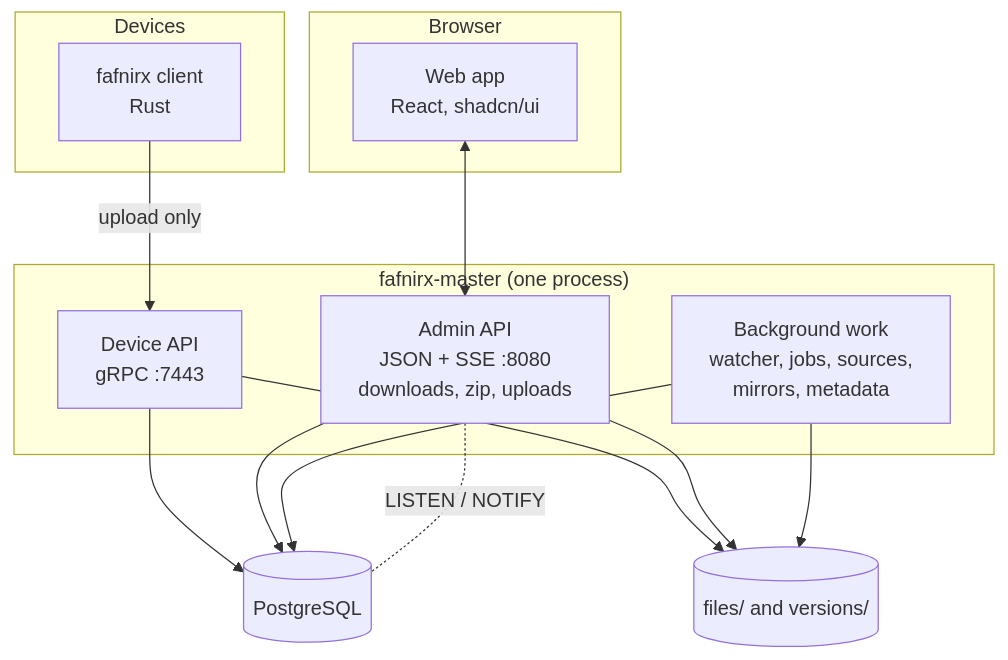
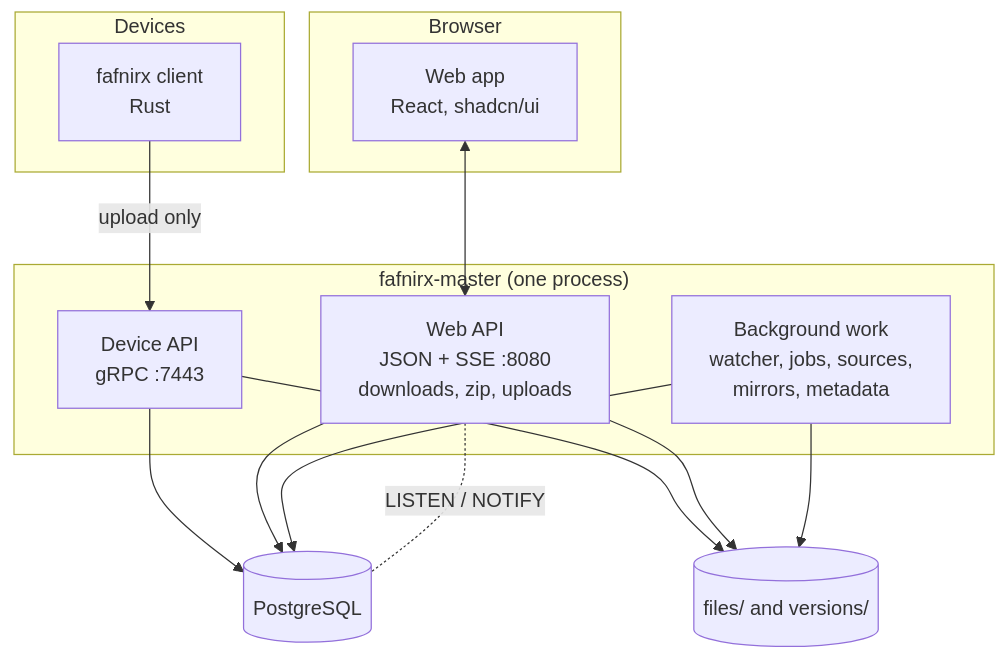
The first of 3 diagrams in docs/architecture.md (jameelhamdan/fafnirx), drawn with Mermaid before and after one commit. The commit also changed other lines of this file and 154 other files, not shown here.

````diff
--- a/docs/architecture.md
+++ b/docs/architecture.md
@@ -3,23 +3,23 @@
 ```mermaid
 flowchart TB
     subgraph DEVICES["Devices"]
         C["fafnirx client<br/>Rust"]
     end
     subgraph BROWSER["Browser"]
         W["Web app<br/>React, shadcn/ui"]
     end
     subgraph MASTER["fafnirx-master (one process)"]
         GRPC["Device API<br/>gRPC :7443"]
-        API["Admin API<br/>JSON + SSE :8080<br/>downloads, zip, uploads"]
+        API["Web API<br/>JSON + SSE :8080<br/>downloads, zip, uploads"]
         WORK["Background work<br/>watcher, jobs, sources,<br/>mirrors, metadata"]
     end
     PG[("PostgreSQL")]
     FS[("files/ and versions/")]
     C -- "upload only" --> GRPC
     W <--> API
     GRPC --> PG & FS
     API --> PG
     API --> FS
     WORK --> PG & FS
     API -. "LISTEN / NOTIFY" .- PG
 ```
````
